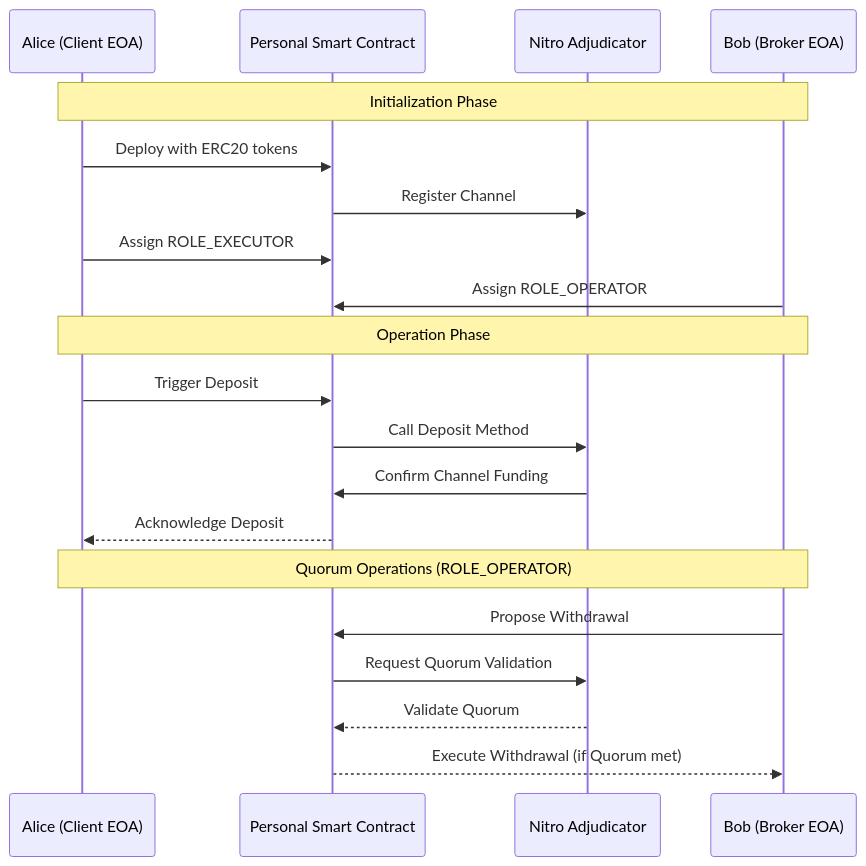
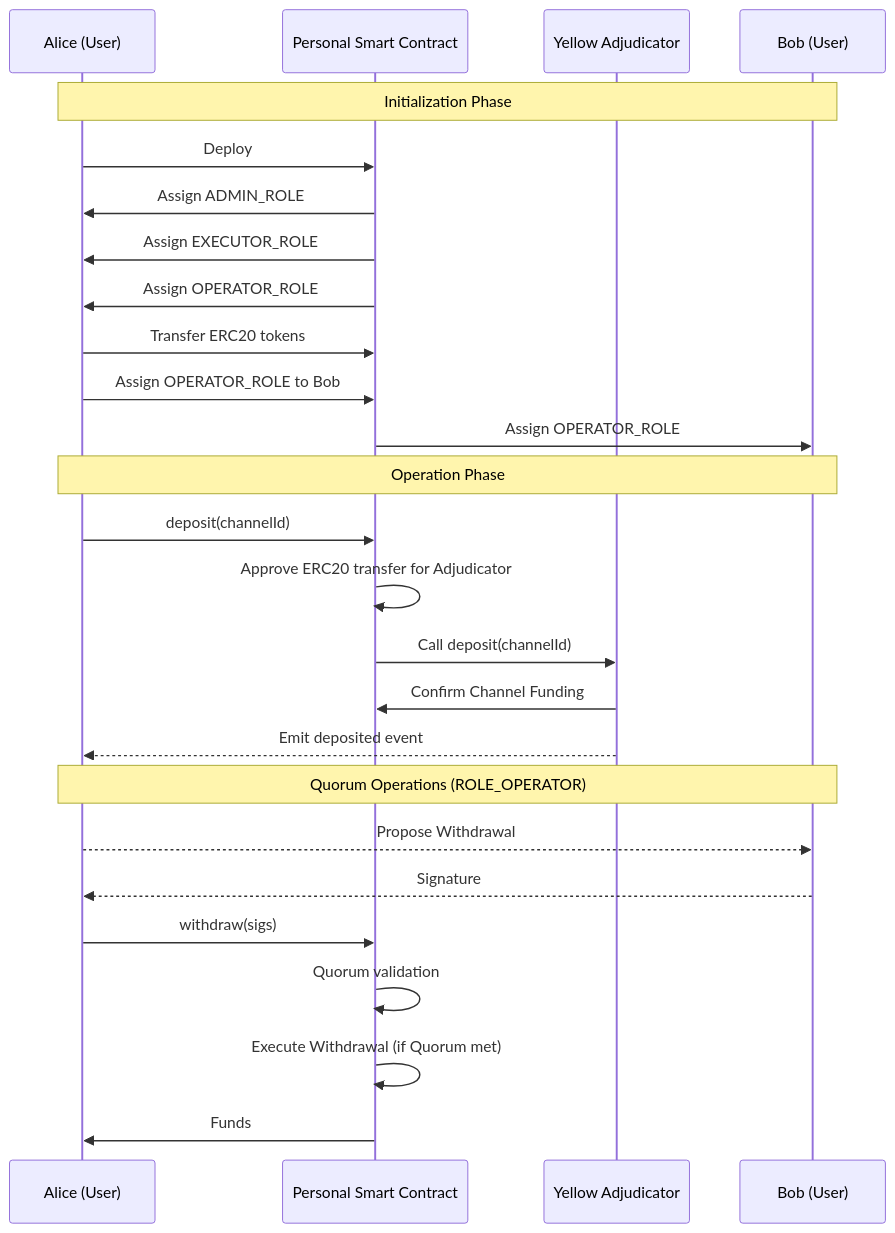
The diagram in docs/YIP/YIP-0010-smart-contract-based-channel-funding.md (layer-3/clearsync), drawn with Mermaid before and after one commit. The commit also changed other lines of this file, not shown here.

````diff
--- a/docs/YIP/YIP-0010-smart-contract-based-channel-funding.md
+++ b/docs/YIP/YIP-0010-smart-contract-based-channel-funding.md
@@ -11,25 +161,31 @@
 ```mermaid
 sequenceDiagram
-    participant Alice as Alice (Client EOA)
+    participant Alice as Alice (User)
     participant SC as Personal Smart Contract
-    participant Adjudicator as Nitro Adjudicator
-    participant Bob as Bob (Broker EOA)
+    participant Adjudicator as Yellow Adjudicator
+    participant Bob as Bob (User)
 
     Note over Alice, Bob: Initialization Phase
-    Alice->>SC: Deploy with ERC20 tokens
-    SC->>Adjudicator: Register Channel
-    Alice->>SC: Assign ROLE_EXECUTOR
-    Bob->>SC: Assign ROLE_OPERATOR
+    Alice->>SC: Deploy
+    SC->>Alice: Assign ADMIN_ROLE
+    SC->>Alice: Assign EXECUTOR_ROLE
+    SC->>Alice: Assign OPERATOR_ROLE
+    Alice->>SC: Transfer ERC20 tokens
+    Alice->>SC: Assign OPERATOR_ROLE to Bob
+    SC->>Bob: Assign OPERATOR_ROLE
 
     Note over Alice, Bob: Operation Phase
-    Alice->>SC: Trigger Deposit
-    SC->>Adjudicator: Call Deposit Method
+    Alice->>SC: deposit(channelId)
+    SC->>SC: Approve ERC20 transfer for Adjudicator
+    SC->>Adjudicator: Call deposit(channelId)
     Adjudicator->>SC: Confirm Channel Funding
-    SC-->>Alice: Acknowledge Deposit
+    Adjudicator-->>Alice: Emit deposited event
 
     Note over Alice, Bob: Quorum Operations (ROLE_OPERATOR)
-    Bob->>SC: Propose Withdrawal
-    SC->>Adjudicator: Request Quorum Validation
-    Adjudicator-->>SC: Validate Quorum
-    SC-->>Bob: Execute Withdrawal (if Quorum met)
+    Alice-->>Bob: Propose Withdrawal
+    Bob-->>Alice: Signature
+    Alice->>SC: withdraw(sigs)
+    SC->>SC: Quorum validation
+    SC->>SC: Execute Withdrawal (if Quorum met)
+    SC->>Alice: Funds
 ```
````
